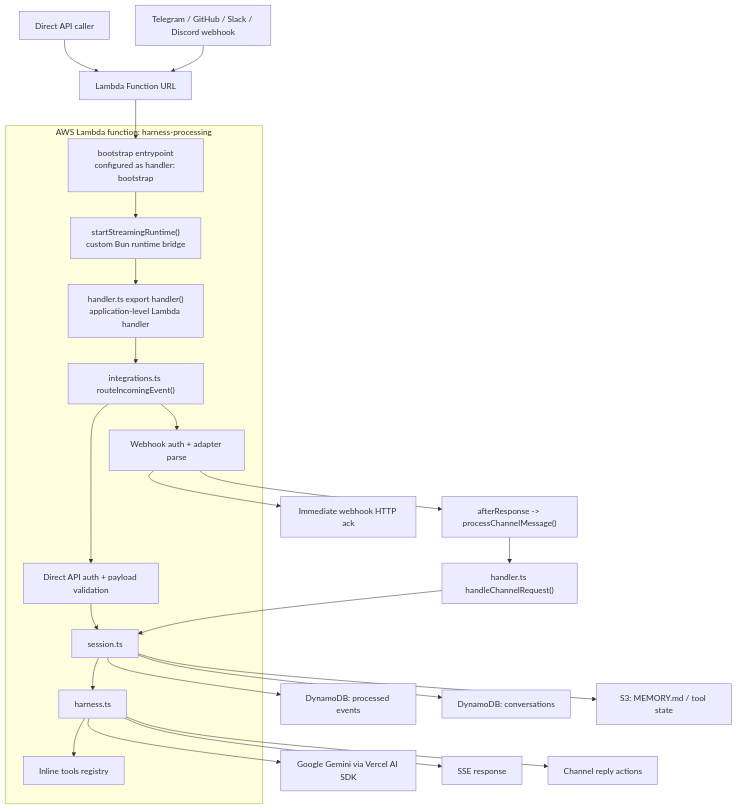
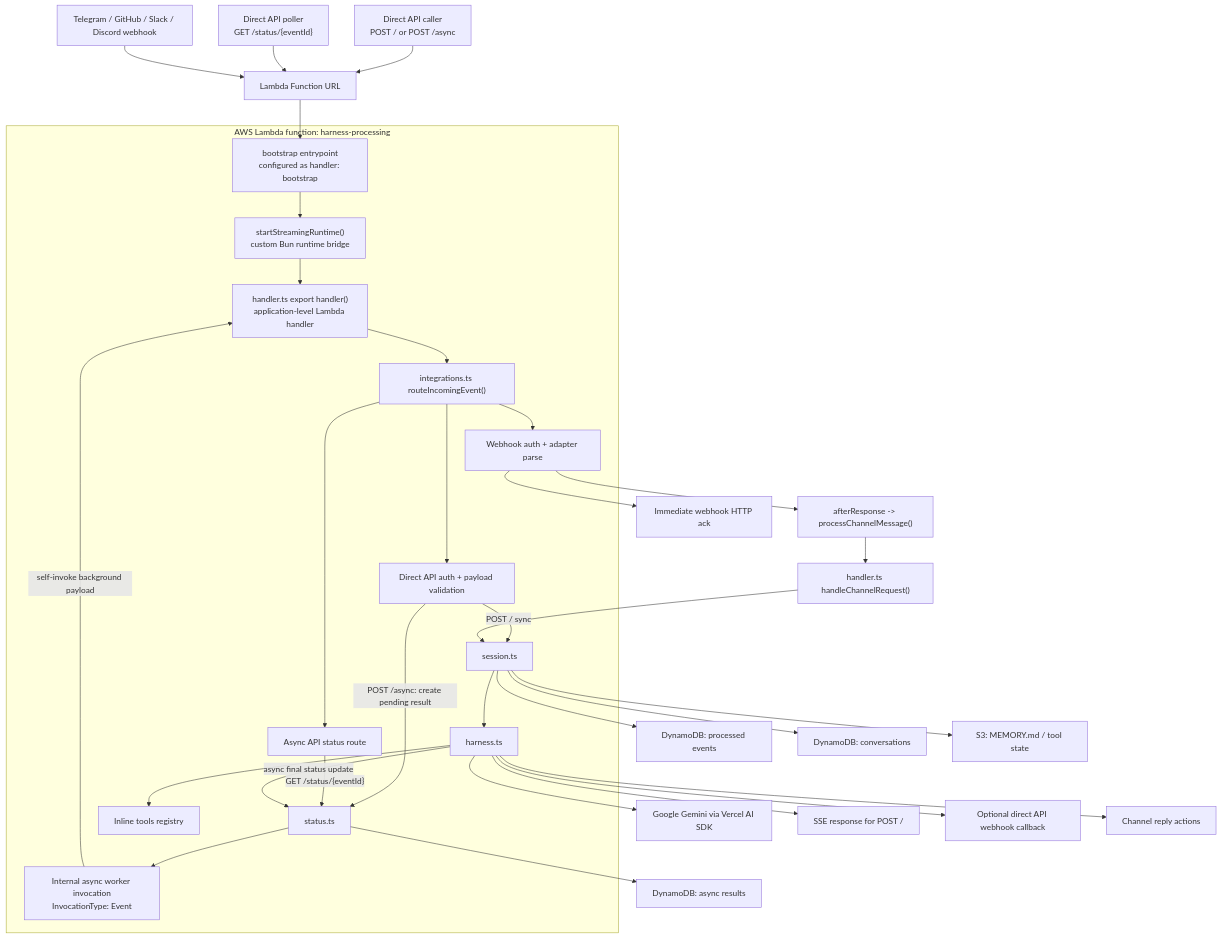
The diagram in README.md (beeblastco/filthy-panty), drawn with Mermaid before and after one commit. The commit also changed other lines of this file, not shown here.

Commit message:
Update README for async direct API

````diff
--- a/README.md
+++ b/README.md
@@ -13,40 +13,53 @@
 ```mermaid
 flowchart TD
-  A["Direct API caller"] --> B["Lambda Function URL"]
+  A["Direct API caller<br/>POST / or POST /async"] --> B["Lambda Function URL"]
+  A2["Direct API poller<br/>GET /status/{eventId}"] --> B
   C["Telegram / GitHub / Slack / Discord webhook"] --> B
 
   subgraph L["AWS Lambda function: harness-processing"]
     D["bootstrap entrypoint<br/>configured as handler: bootstrap"]
     E["startStreamingRuntime()<br/>custom Bun runtime bridge"]
     F["handler.ts export handler()<br/>application-level Lambda handler"]
     G["integrations.ts routeIncomingEvent()"]
     H["Direct API auth + payload validation"]
+    HA["Async API status route"]
+    HW["Internal async worker invocation<br/>InvocationType: Event"]
     I["Webhook auth + adapter parse"]
     J["session.ts"]
+    S["status.ts"]
     N["harness.ts"]
     P["Inline tools registry"]
   end
 
   B --> D
   D --> E
   E --> F
   F --> G
   G --> H
+  G --> HA
   G --> I
 
-  H --> J
+  H -->|"POST / sync"| J
+  H -->|"POST /async: create pending result"| S
+  S --> AS["DynamoDB: async results"]
+  S --> HW
+  HW -->|"self-invoke background payload"| F
+  HA -->|"GET /status/{eventId}"| S
+
   J --> N
   N --> P
   N --> O["Google Gemini via Vercel AI SDK"]
-  N --> Q["SSE response"]
+  N --> Q["SSE response for POST /"]
+  N --> WC["Optional direct API webhook callback"]
+  N -->|"async final status update"| S
 
   I --> ACK["Immediate webhook HTTP ack"]
   I --> PR["afterResponse -> processChannelMessage()"]
   PR --> F2["handler.ts handleChannelRequest()"]
   F2 --> J
   N --> R["Channel reply actions"]
 
   J --> K["DynamoDB: processed events"]
   J --> L2["DynamoDB: conversations"]
   J --> M["S3: MEMORY.md / tool state"]
 ```
````
